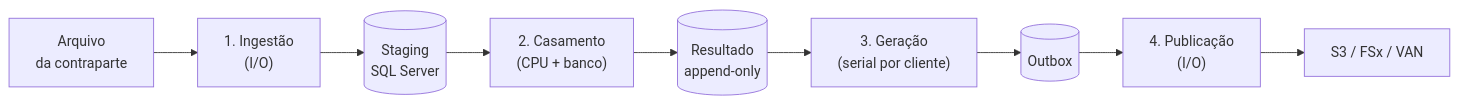
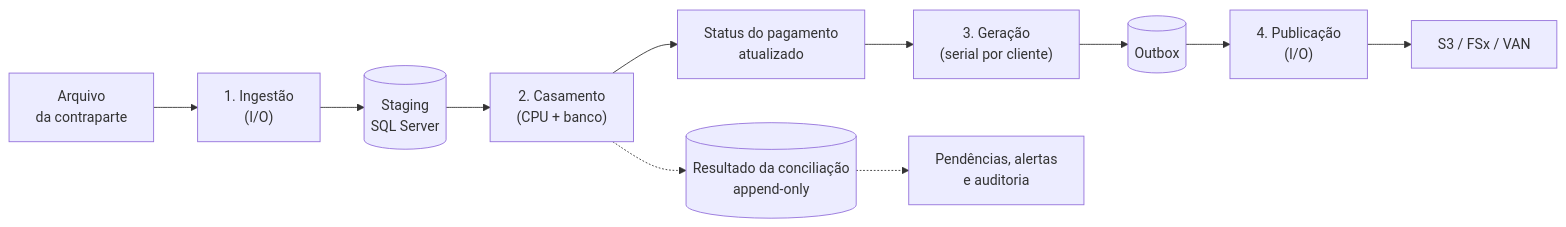
Before and after one commit to danielbfr3/sobre_aws: the fourth of 16 diagrams in conciliacao-guia-completo.md, drawn with Mermaid. The commit also changed other lines of this file, not shown here.

Commit message:
atualizado

````diff
--- a/conciliacao-guia-completo.md
+++ b/conciliacao-guia-completo.md
@@ -232,11 +508,13 @@
 ```mermaid
 flowchart LR
     A["Arquivo<br/>da contraparte"] --> I["1. Ingestão<br/>(I/O)"]
     I --> S[("Staging<br/>SQL Server")]
     S --> C["2. Casamento<br/>(CPU + banco)"]
-    C --> R[("Resultado<br/>append-only")]
-    R --> G["3. Geração<br/>(serial por cliente)"]
+    C --> ST["Status do pagamento<br/>atualizado"]
+    ST --> G["3. Geração<br/>(serial por cliente)"]
     G --> O[("Outbox")]
     O --> P["4. Publicação<br/>(I/O)"]
     P --> D["S3 / FSx / VAN"]
+    C -.-> R[("Resultado da conciliação<br/>append-only")]
+    R -.-> H["Pendências, alertas<br/>e auditoria"]
 ```
````
